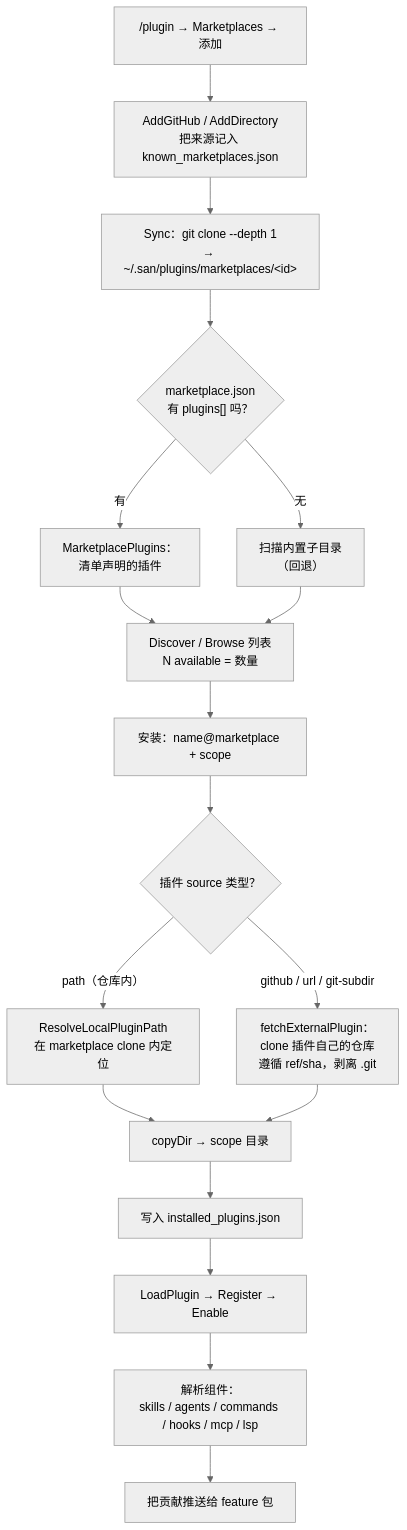
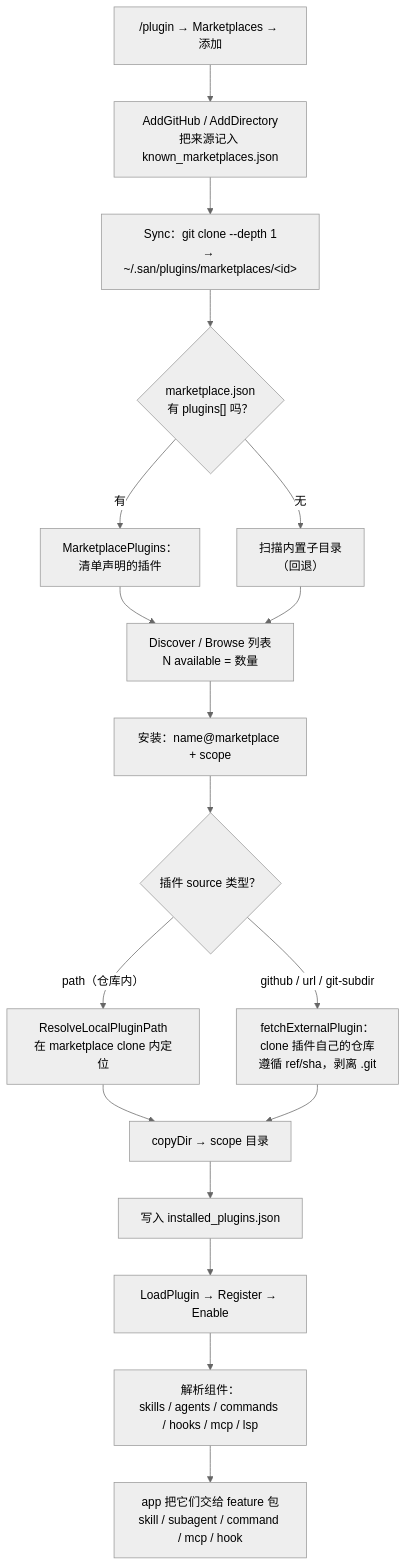
One commit to genai-io/san changed the diagram in docs/packages/2-feature/plugin.zh.md. Above: the diagram before and after it, drawn with Mermaid (neutral theme). The commit also changed 1 other file, not shown here.

Commit message:
docs(plugin): clarify how contributions reach feature packages
The flow node said 'push'; the app layer actually pulls each enabled
plugin's components via GetPlugin* and feeds the feature packages, which
receive them as data without importing plugin.

````diff
--- a/docs/packages/2-feature/plugin.zh.md
+++ b/docs/packages/2-feature/plugin.zh.md
@@ -105,20 +105,20 @@
 ```mermaid
 flowchart TD
     A["/plugin → Marketplaces → 添加"] --> B["AddGitHub / AddDirectory<br/>把来源记入 known_marketplaces.json"]
     B --> C["Sync：git clone --depth 1<br/>→ ~/.san/plugins/marketplaces/&lt;id&gt;"]
     C --> D{"marketplace.json<br/>有 plugins[] 吗？"}
     D -- "有" --> E["MarketplacePlugins：<br/>清单声明的插件"]
     D -- "无" --> F["扫描内置子目录<br/>（回退）"]
     E --> G["Discover / Browse 列表<br/>N available = 数量"]
     F --> G
     G --> H["安装：name@marketplace + scope"]
     H --> I{"插件 source 类型？"}
     I -- "path（仓库内）" --> J["ResolveLocalPluginPath<br/>在 marketplace clone 内定位"]
     I -- "github / url / git-subdir" --> K["fetchExternalPlugin：<br/>clone 插件自己的仓库<br/>遵循 ref/sha，剥离 .git"]
     J --> L["copyDir → scope 目录"]
     K --> L
     L --> M["写入 installed_plugins.json"]
     M --> N["LoadPlugin → Register → Enable"]
     N --> O["解析组件：<br/>skills / agents / commands / hooks / mcp / lsp"]
-    O --> P["把贡献推送给 feature 包"]
+    O --> P["app 把它们交给 feature 包<br/>skill / subagent / command / mcp / hook"]
 ```
````
